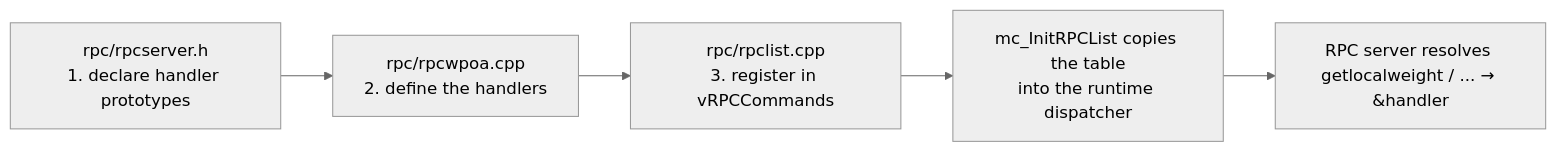
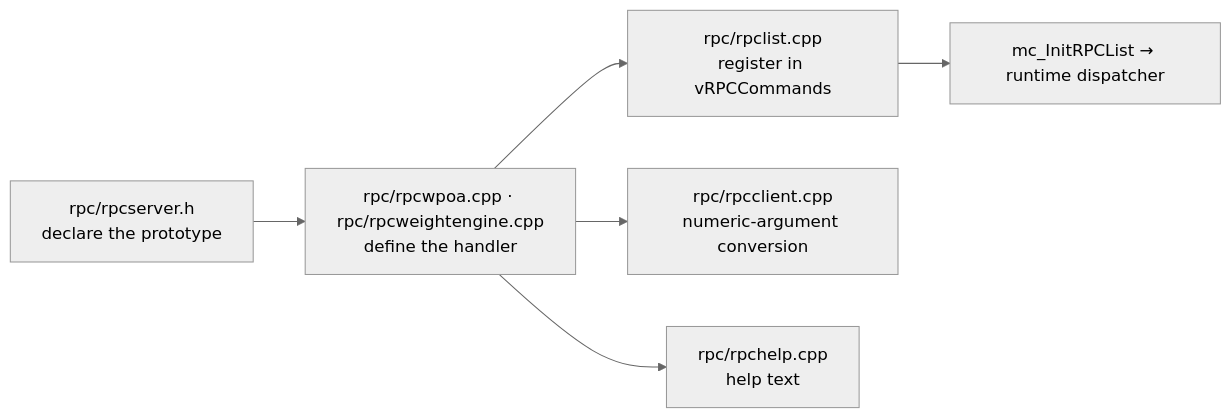
One commit to FeMattu/multichain changed the diagram in docs/rpc-registration.md. Above: the diagram before and after it, drawn with Mermaid (neutral theme). The commit also changed other lines of this file and 44 other files, not shown here.

````diff
--- a/docs/rpc-registration.md
+++ b/docs/rpc-registration.md
@@ -54,7 +51,8 @@
 ```mermaid
 flowchart LR
-    H[rpc/rpcserver.h<br/>1. declare handler prototypes] --> C[rpc/rpcwpoa.cpp<br/>2. define the handlers]
-    C --> T[rpc/rpclist.cpp<br/>3. register in vRPCCommands]
-    T --> INIT[mc_InitRPCList copies the table<br/>into the runtime dispatcher]
-    INIT --> SERVER[RPC server resolves getlocalweight / ... → &handler]
+    H["rpc/rpcserver.h<br/>declare the prototype"] --> C["rpc/rpcwpoa.cpp · rpc/rpcweightengine.cpp<br/>define the handler"]
+    C --> T["rpc/rpclist.cpp<br/>register in vRPCCommands"]
+    C --> CL["rpc/rpcclient.cpp<br/>numeric-argument conversion"]
+    C --> HP["rpc/rpchelp.cpp<br/>help text"]
+    T --> INIT["mc_InitRPCList → runtime dispatcher"]
 ```
````
